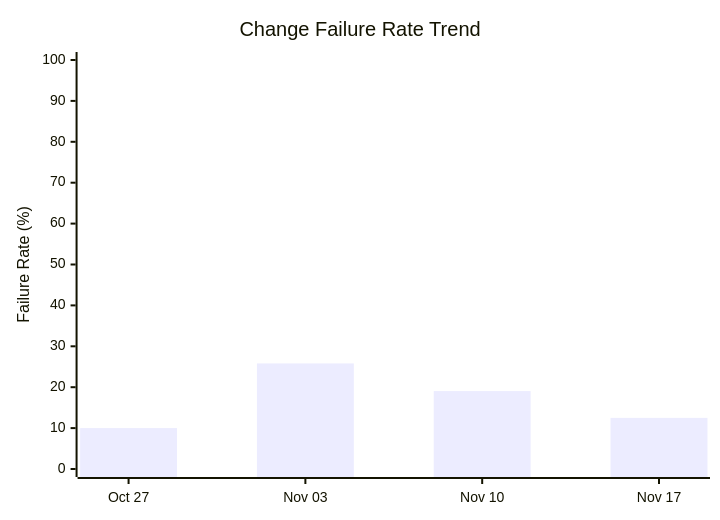
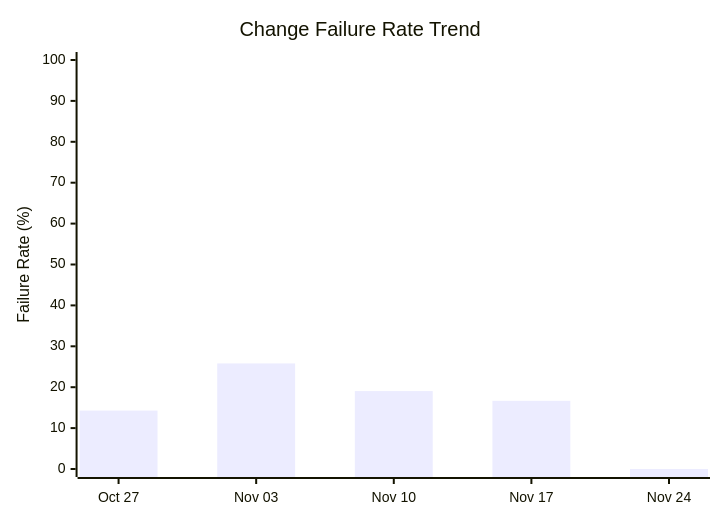
The fourth of 4 diagrams in docs/ci-cd/dora-summary.md (ukma-cs-ssdm-2025/rate-ukma), drawn with Mermaid before and after one commit. The commit also changed other lines of this file, not shown here.

````diff
--- a/docs/ci-cd/dora-summary.md
+++ b/docs/ci-cd/dora-summary.md
@@ -64,7 +64,7 @@
 ```mermaid
 xychart-beta
     title "Change Failure Rate Trend"
-    x-axis ["Oct 27", "Nov 03", "Nov 10", "Nov 17"]
+    x-axis ["Oct 27", "Nov 03", "Nov 10", "Nov 17", "Nov 24"]
     y-axis "Failure Rate (%)" 0 --> 100
-    bar [10.00, 25.81, 19.05, 12.50]
+    bar [14.29, 25.81, 19.05, 16.67, 0.00]
 ```
````
